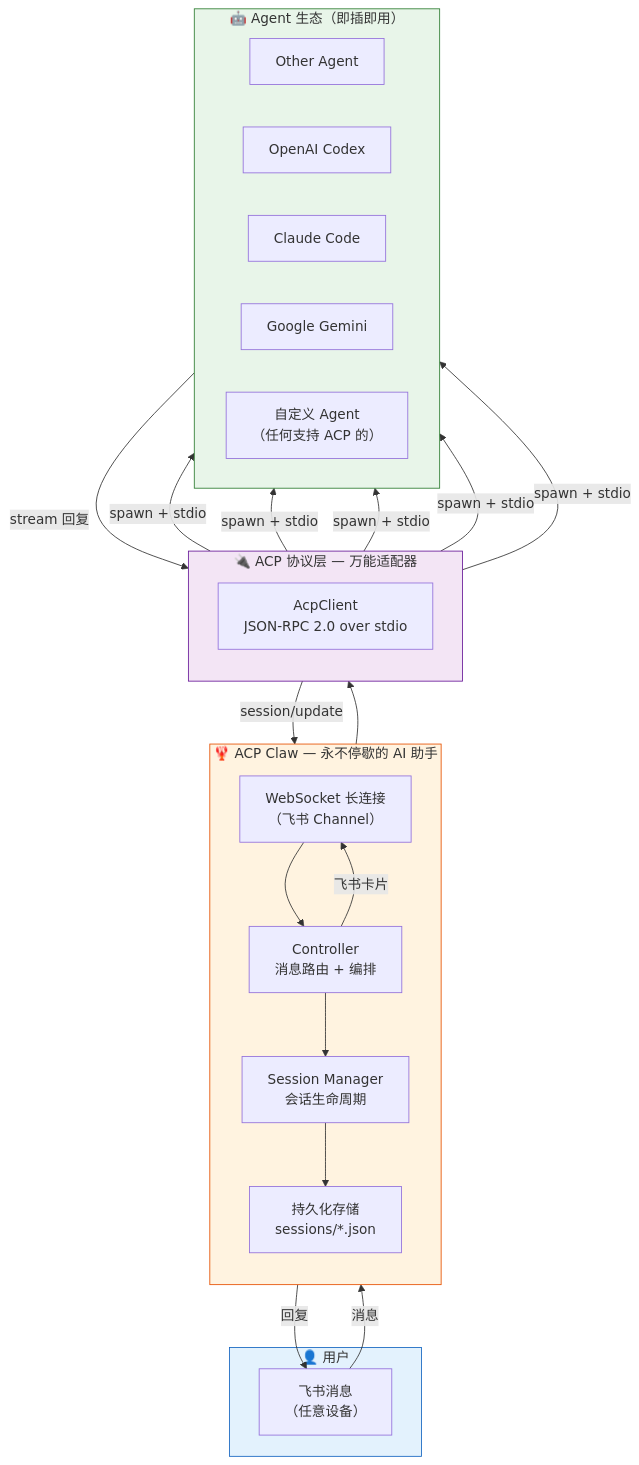
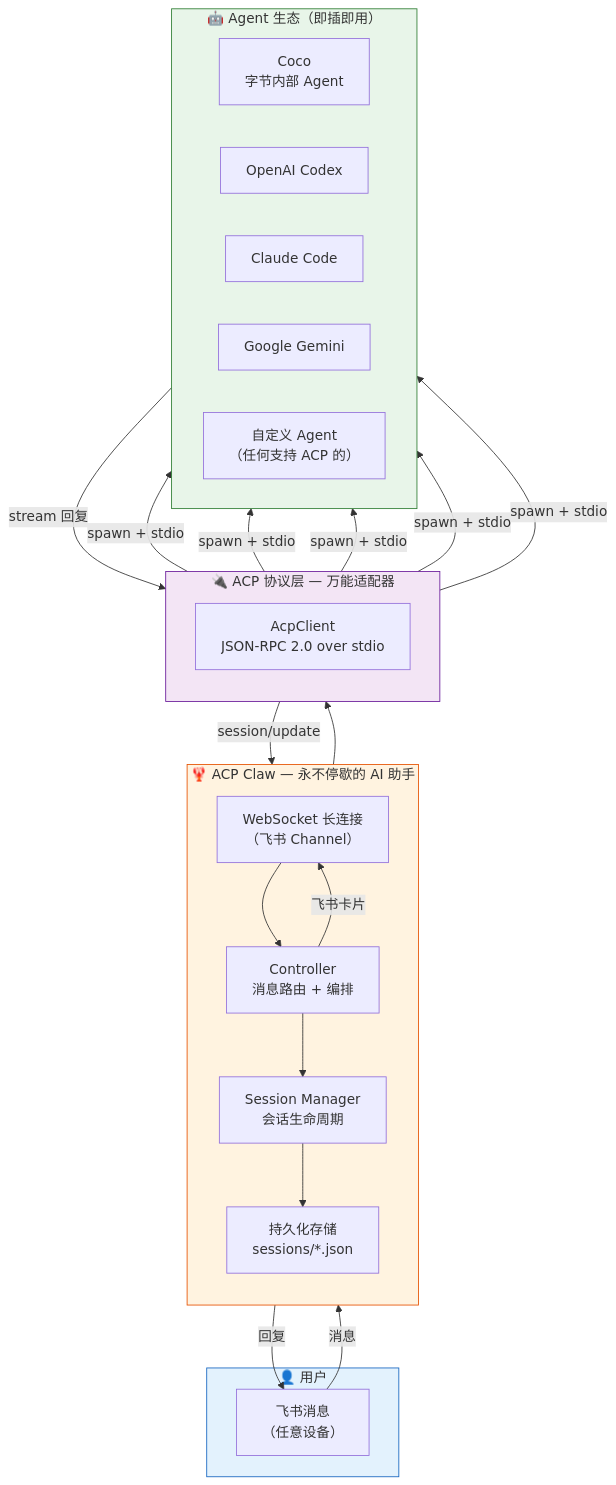
Before and after one commit to IanYu-Tree/acp-claw: the diagram in docs/diagrams/01-architecture.mmd, drawn with Mermaid. The commit also changed 38 other files, not shown here.

First line of the commit message:
feat: add A2A channel, refactor architecture to modular structure

```diff
--- a/docs/diagrams/01-architecture.mmd
+++ b/docs/diagrams/01-architecture.mmd
@@ -1,47 +1,47 @@
 graph TB
     subgraph User["👤 用户"]
         Feishu["飞书消息<br/>（任意设备）"]
     end
 
     subgraph Claw["🦞 ACP Claw — 永不停歇的 AI 助手"]
         direction TB
         WS["WebSocket 长连接<br/>（飞书 Channel）"]
         Controller["Controller<br/>消息路由 + 编排"]
         SM["Session Manager<br/>会话生命周期"]
         Store["持久化存储<br/>sessions/*.json"]
     end
 
     subgraph ACP["🔌 ACP 协议层 — 万能适配器"]
         direction TB
         Client["AcpClient<br/>JSON-RPC 2.0 over stdio"]
     end
 
     subgraph Agents["🤖 Agent 生态（即插即用）"]
         direction LR
-        Other["Other Agent"]
+        Coco["Coco<br/>字节内部 Agent"]
         Codex["OpenAI Codex"]
         Claude["Claude Code"]
         Gemini["Google Gemini"]
         Custom["自定义 Agent<br/>（任何支持 ACP 的）"]
     end
 
     Feishu -->|"消息"| WS
     WS --> Controller
     Controller --> SM
     SM --> Store
     SM --> Client
-    Client -->|"spawn + stdio"| Other
+    Client -->|"spawn + stdio"| Coco
     Client -->|"spawn + stdio"| Codex
     Client -->|"spawn + stdio"| Claude
     Client -->|"spawn + stdio"| Gemini
     Client -->|"spawn + stdio"| Custom
 
-    Other -->|"stream 回复"| Client
+    Coco -->|"stream 回复"| Client
     Client -->|"session/update"| Controller
     Controller -->|"飞书卡片"| WS
     WS -->|"回复"| Feishu
 
     style User fill:#E3F2FD,stroke:#1565C0
     style Claw fill:#FFF3E0,stroke:#E65100
     style ACP fill:#F3E5F5,stroke:#6A1B9A
     style Agents fill:#E8F5E9,stroke:#2E7D32
```
